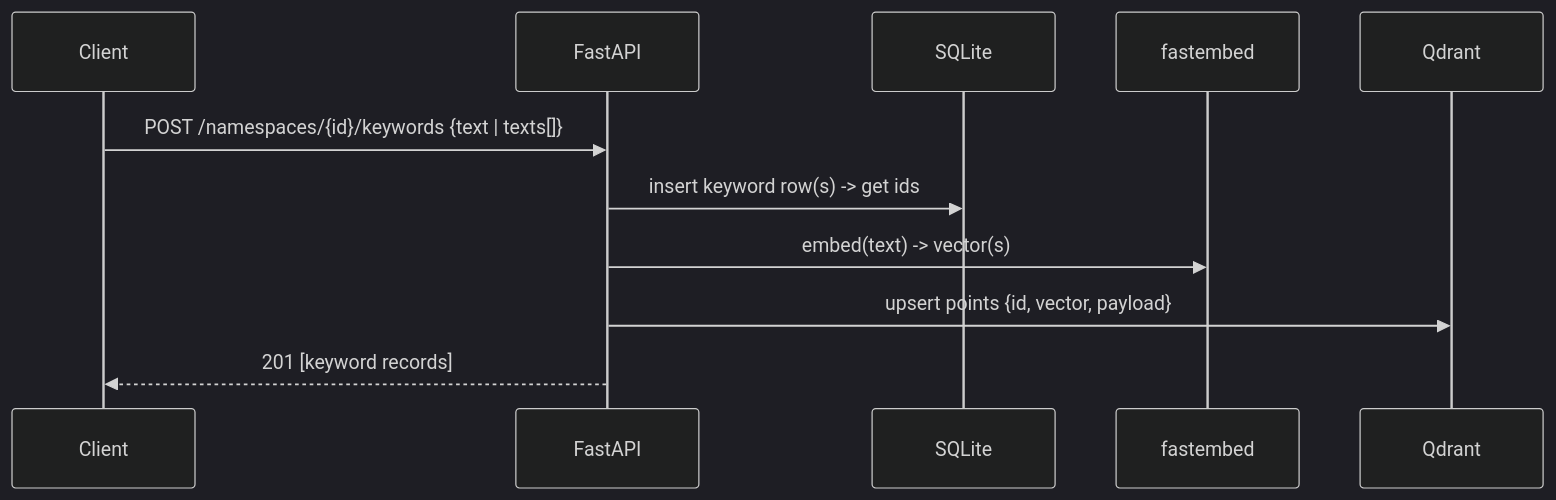
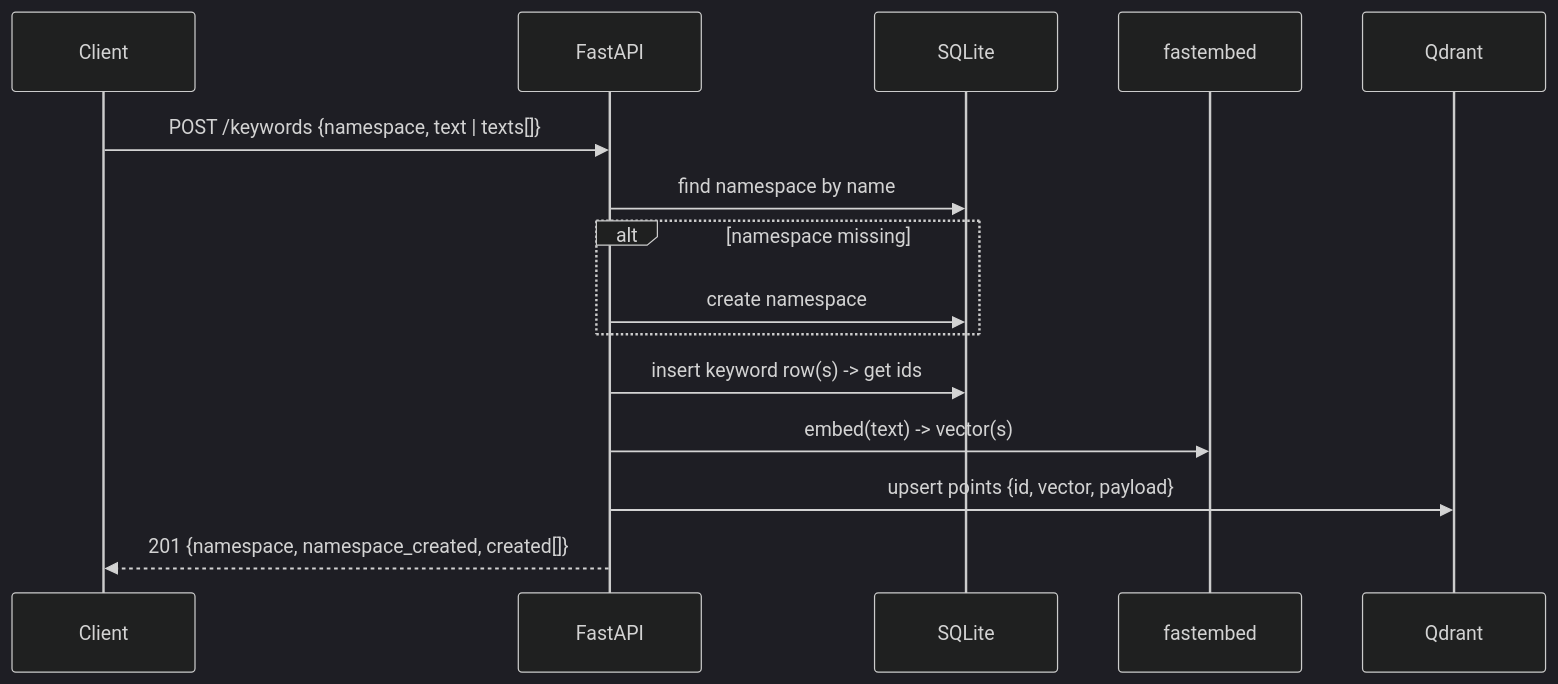
Before and after one commit to sree-neork/similarity-search-engine: the second of 4 diagrams in README.md, drawn with Mermaid (dark theme). The commit also changed other lines of this file and 8 other files, not shown here.

First line of the commit message:
Auto-create namespace when adding keywords; drop separate create endpoint

````diff
--- a/README.md
+++ b/README.md
@@ -82,14 +86,18 @@
 ```mermaid
 sequenceDiagram
     participant C as Client
     participant API as FastAPI
     participant DB as SQLite
     participant EM as fastembed
     participant Q as Qdrant
 
-    C->>API: POST /namespaces/{id}/keywords {text | texts[]}
+    C->>API: POST /keywords {namespace, text | texts[]}
+    API->>DB: find namespace by name
+    alt namespace missing
+        API->>DB: create namespace
+    end
     API->>DB: insert keyword row(s) -> get ids
     API->>EM: embed(text) -> vector(s)
     API->>Q: upsert points {id, vector, payload}
-    API-->>C: 201 [keyword records]
+    API-->>C: 201 {namespace, namespace_created, created[]}
 ```
````
